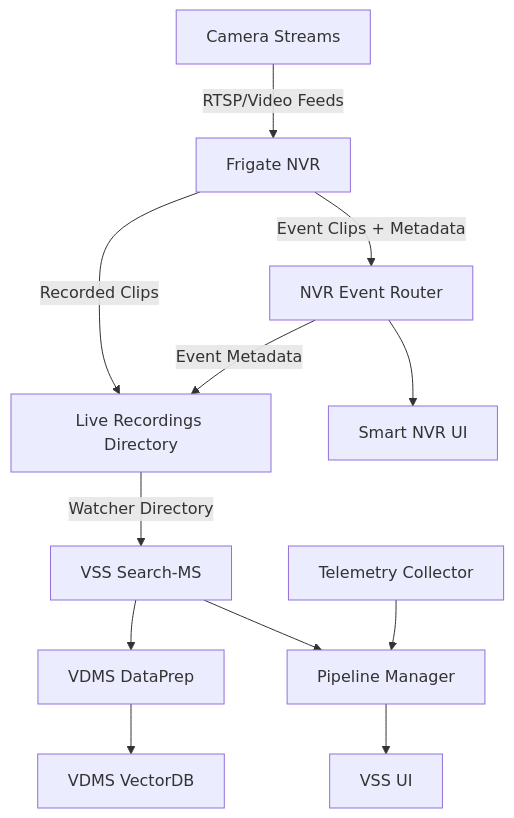
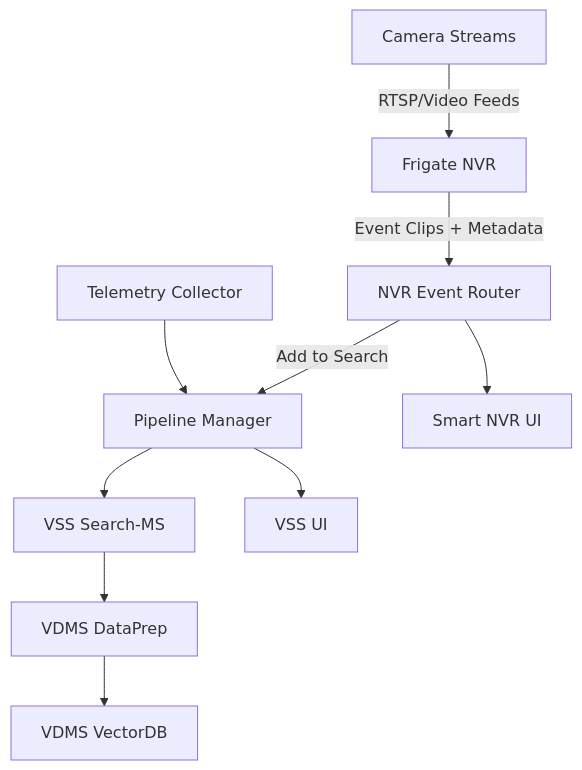
The diagram in metro-ai-suite/live-video-analysis/live-video-search/docs/user-guide/overview-architecture-live-video-search.md (bhardwaj-nakul/edge-ai-suites), drawn with Mermaid before and after one commit. The commit also changed other lines of this file and 14 other files, not shown here.

First line of the commit message:
Refactor Live Video Search configuration and documentation for RTSP stream integration

````diff
--- a/metro-ai-suite/live-video-analysis/live-video-search/docs/user-guide/overview-architecture-live-video-search.md
+++ b/metro-ai-suite/live-video-analysis/live-video-search/docs/user-guide/overview-architecture-live-video-search.md
@@ -7,17 +7,14 @@
 ```mermaid
 graph TD
   A[Camera Streams] -->|RTSP/Video Feeds| B[Frigate NVR]
   B -->|Event Clips + Metadata| C[NVR Event Router]
-  B -->|Recorded Clips| D[Live Recordings Directory]
-  C -->|Event Metadata| D
-
-  D -->|Watcher Directory| E[VSS Search‑MS]
+  C -->|Add to Search| H[Pipeline Manager]
+  H --> E[VSS Search‑MS]
   E --> F[VDMS DataPrep]
   F --> G[VDMS VectorDB]
-  E --> H[Pipeline Manager]
   H --> I[VSS UI]
 
   C --> J[Smart NVR UI]
 
   K[Telemetry Collector] --> H
 ```
````
